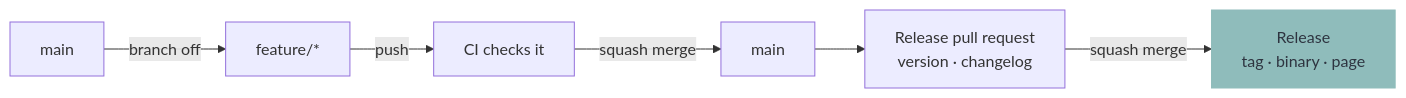
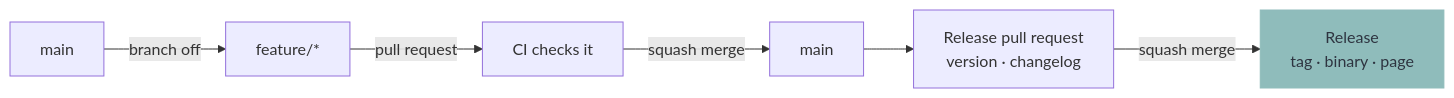
One commit to murkl/oak changed the first of 2 diagrams in docs/CONTRIBUTING.md. Above: the diagram before and after it, drawn with Mermaid. The commit also changed other lines of this file and 3 other files, not shown here.

````diff
--- a/docs/CONTRIBUTING.md
+++ b/docs/CONTRIBUTING.md
@@ -9,10 +9,10 @@
 ```mermaid
 flowchart LR
     M["main"] -->|branch off| F["feature/*"]
-    F -->|push| C["CI checks it"]
+    F -->|pull request| C["CI checks it"]
     C -->|squash merge| M2["main"]
     M2 --> P["Release pull request<br/>version · changelog"]
     P -->|squash merge| R["Release<br/>tag · binary · page"]
 
     style R fill:#8fbcbb,stroke:#8fbcbb,color:#2e3440
 ```
````
